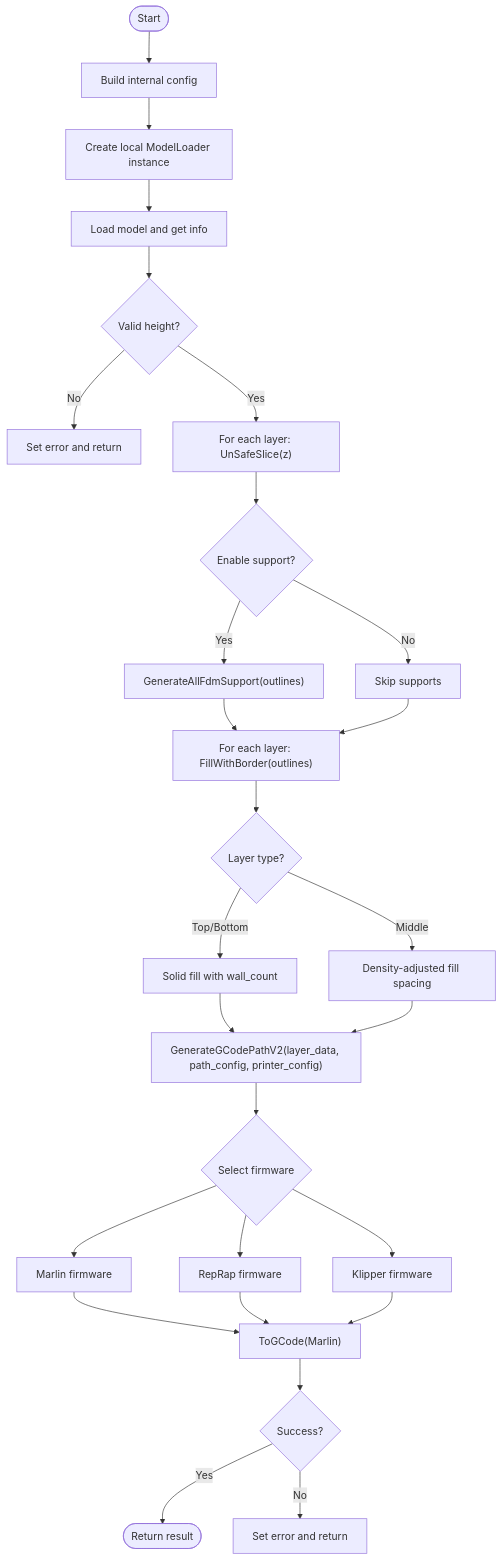
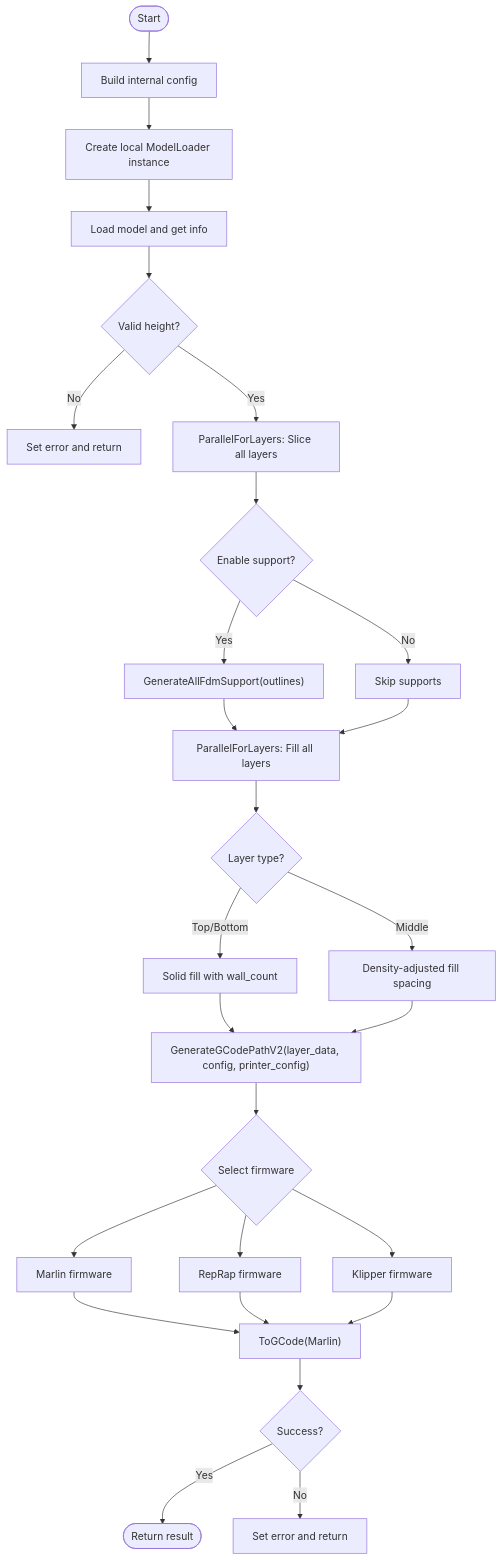
The fifth of 11 diagrams in .qoder/repowiki/en/content/Core Architecture/FDM Pipeline System.md (hsmbanlance/HsBaSlicer), drawn with Mermaid before and after one commit. The commit also changed other lines of this file and 20 other files, not shown here.

````diff
--- a/.qoder/repowiki/en/content/Core Architecture/FDM Pipeline System.md
+++ b/.qoder/repowiki/en/content/Core Architecture/FDM Pipeline System.md
@@ -353,29 +339,29 @@
 ```mermaid
 flowchart TD
 Start(["Start"]) --> BuildCfg["Build internal config"]
 BuildCfg --> CreateModelLoader["Create local ModelLoader instance"]
 CreateModelLoader --> LoadModel["Load model and get info"]
 LoadModel --> CalcLayers{"Valid height?"}
 CalcLayers --> |No| ErrInvalid["Set error and return"]
-CalcLayers --> |Yes| SliceLoop["For each layer: UnSafeSlice(z)"]
-SliceLoop --> Supports{"Enable support?"}
+CalcLayers --> |Yes| ParallelSlice["ParallelForLayers: Slice all layers"]
+ParallelSlice --> Supports{"Enable support?"}
 Supports --> |Yes| GenSupports["GenerateAllFdmSupport(outlines)"]
 Supports --> |No| SkipSupports["Skip supports"]
-GenSupports --> FillLoop["For each layer: FillWithBorder(outlines)"]
-SkipSupports --> FillLoop
-FillLoop --> LayerType{"Layer type?"}
+GenSupports --> ParallelFill["ParallelForLayers: Fill all layers"]
+SkipSupports --> ParallelFill
+ParallelFill --> LayerType{"Layer type?"}
 LayerType --> |Top/Bottom| SolidFill["Solid fill with wall_count"]
 LayerType --> |Middle| DensityFill["Density-adjusted fill spacing"]
-SolidFill --> GenPaths["GenerateGCodePathV2(layer_data, path_config, printer_config)"]
+SolidFill --> GenPaths["GenerateGCodePathV2(layer_data, config, printer_config)"]
 DensityFill --> GenPaths
 GenPaths --> FirmwareSelect{"Select firmware"}
 FirmwareSelect --> Marlin["Marlin firmware"]
 FirmwareSelect --> RepRap["RepRap firmware"]
 FirmwareSelect --> Klipper["Klipper firmware"]
 Marlin --> ToGCode["ToGCode(Marlin)"]
 RepRap --> ToGCode
 Klipper --> ToGCode
 ToGCode --> Success{"Success?"}
 Success --> |Yes| Done(["Return result"])
 Success --> |No| ErrPath["Set error and return"]
 ```
````
